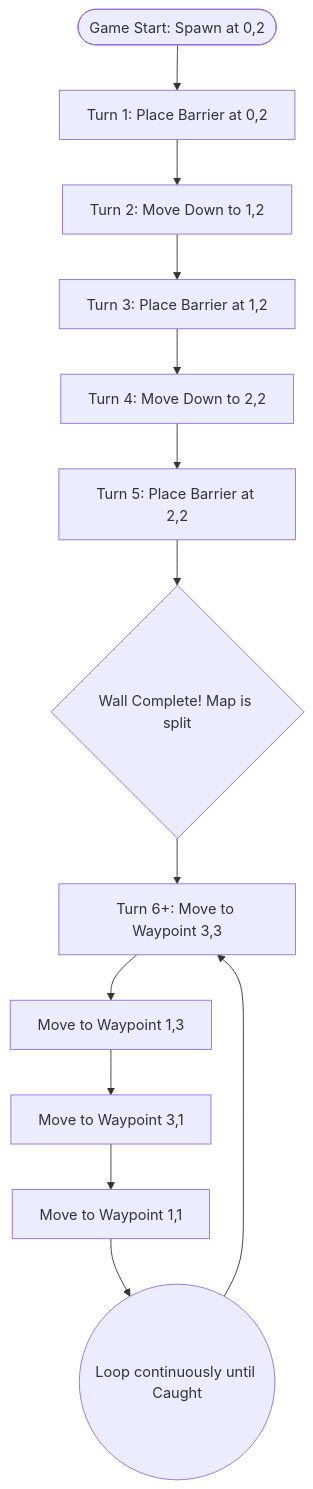
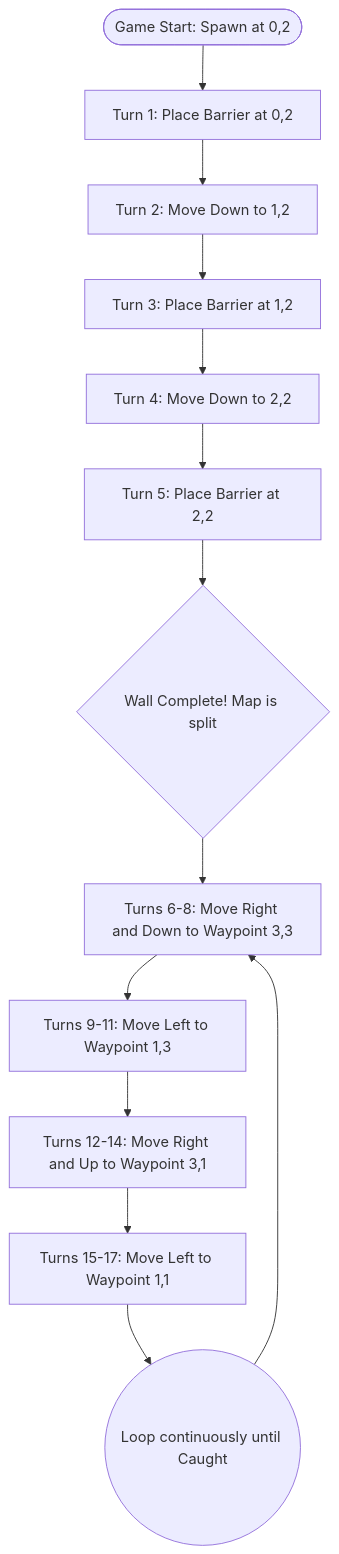
Before and after one commit to Nell-Kh/HW06-Dual-AI-agent-race-via-MCP-servers: the first of 2 diagrams in README.md, drawn with Mermaid. The commit also changed 2 other files, not shown here.

Commit message:
docs: add animated replays and clarify turn diagram

````diff
--- a/README.md
+++ b/README.md
@@ -93,19 +93,19 @@
 ```mermaid
 flowchart TD
     Start([Game Start: Spawn at 0,2]) --> T1
     
     T1[Turn 1: Place Barrier at 0,2] --> T2
     T2[Turn 2: Move Down to 1,2] --> T3
     T3[Turn 3: Place Barrier at 1,2] --> T4
     T4[Turn 4: Move Down to 2,2] --> T5
     T5[Turn 5: Place Barrier at 2,2] --> Wall
     
     Wall{Wall Complete! Map is split} --> W1
     
-    W1[Turn 6+: Move to Waypoint 3,3] --> W2
-    W2[Move to Waypoint 1,3] --> W3
-    W3[Move to Waypoint 3,1] --> W4
-    W4[Move to Waypoint 1,1] --> Loop
+    W1[Turns 6-8: Move Right and Down to Waypoint 3,3] --> W2
+    W2[Turns 9-11: Move Left to Waypoint 1,3] --> W3
+    W3[Turns 12-14: Move Right and Up to Waypoint 3,1] --> W4
+    W4[Turns 15-17: Move Left to Waypoint 1,1] --> Loop
     
     Loop((Loop continuously until Caught)) --> W1
 ```
````
